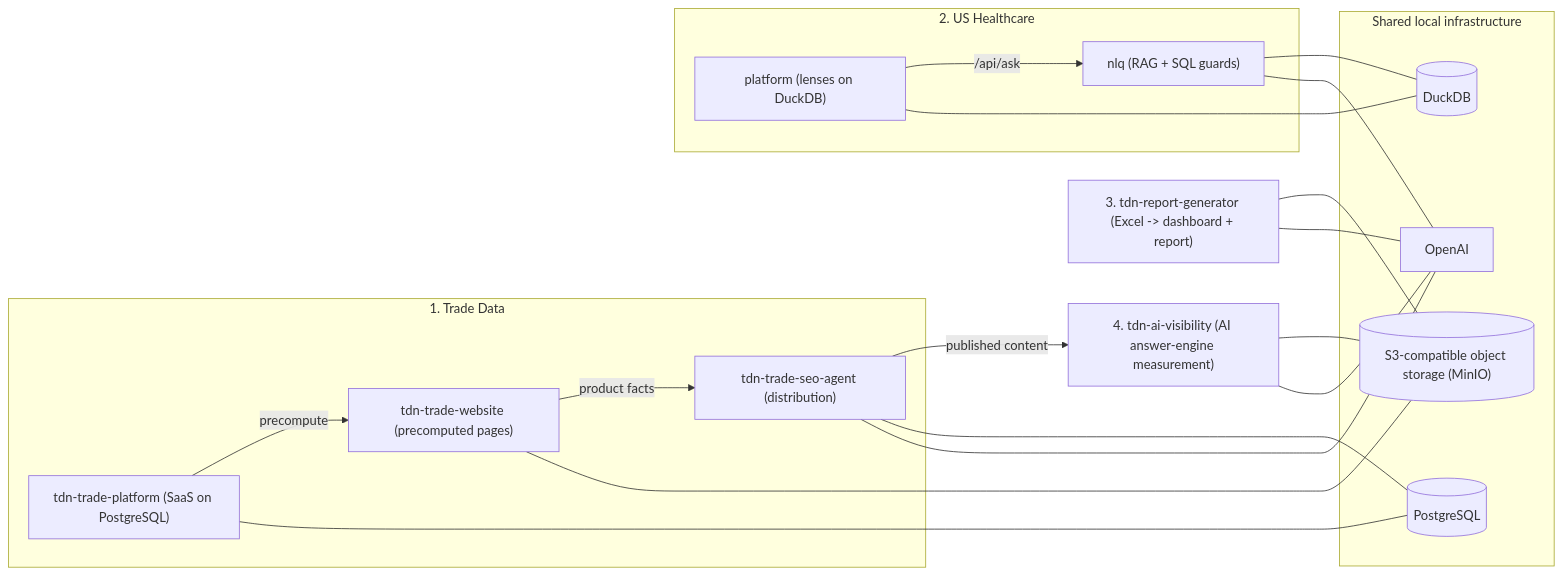
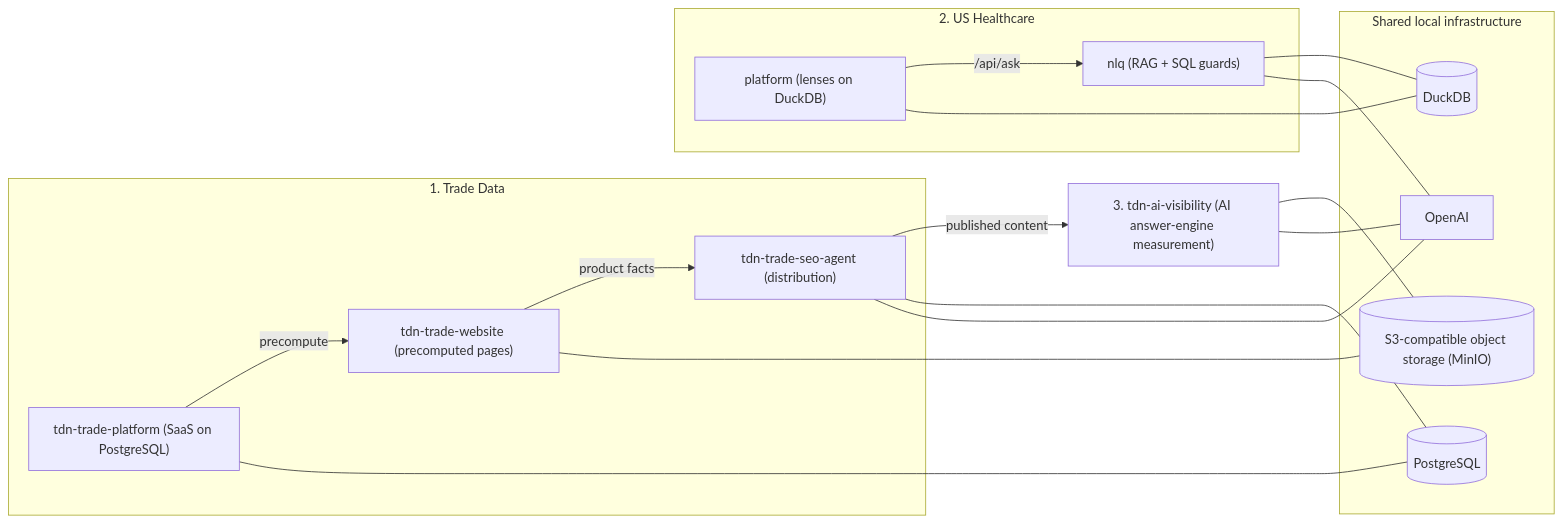
The diagram in README.md (sureshsormare/tdn-portfolio), drawn with Mermaid before and after one commit. The commit also changed other lines of this file, not shown here.

````diff
--- a/README.md
+++ b/README.md
@@ -41,35 +33,32 @@
 ```mermaid
 flowchart LR
   subgraph Trade["1. Trade Data"]
     TP["tdn-trade-platform (SaaS on PostgreSQL)"]
     TW["tdn-trade-website (precomputed pages)"]
     TS["tdn-trade-seo-agent (distribution)"]
   end
   subgraph Health["2. US Healthcare"]
     HP["platform (lenses on DuckDB)"]
     HN["nlq (RAG + SQL guards)"]
   end
-  RG["3. tdn-report-generator (Excel -> dashboard + report)"]
-  AV["4. tdn-ai-visibility (AI answer-engine measurement)"]
+  AV["3. tdn-ai-visibility (AI answer-engine measurement)"]
   TP -- "precompute" --> TW
   TW -- "product facts" --> TS
   TS -- "published content" --> AV
   HP -- "/api/ask" --> HN
   subgraph Infra["Shared local infrastructure"]
     PG[("PostgreSQL")]
     DK[("DuckDB")]
     S3[("S3-compatible object storage (MinIO)")]
     AI["OpenAI"]
   end
   TP --- PG
   TS --- PG
   HP --- DK
   HN --- DK
   TW --- S3
-  RG --- S3
   AV --- S3
   HN --- AI
-  RG --- AI
   TS --- AI
   AV --- AI
 ```
````
